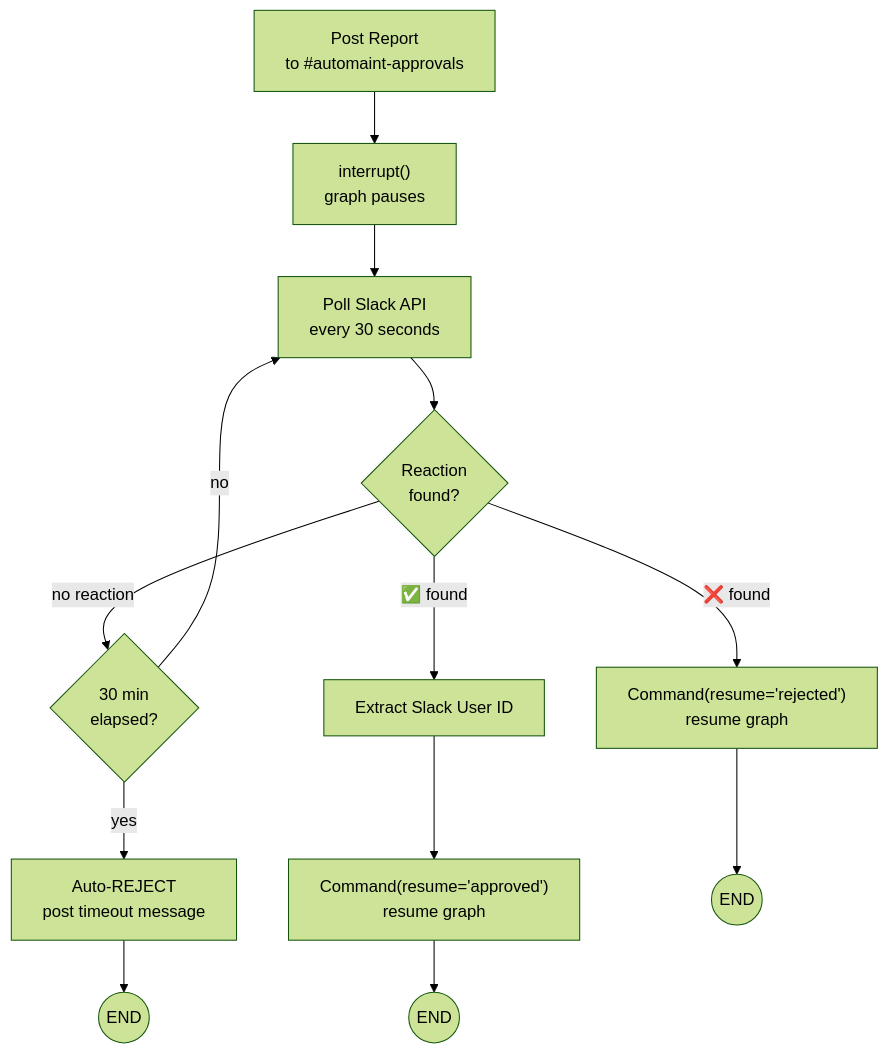
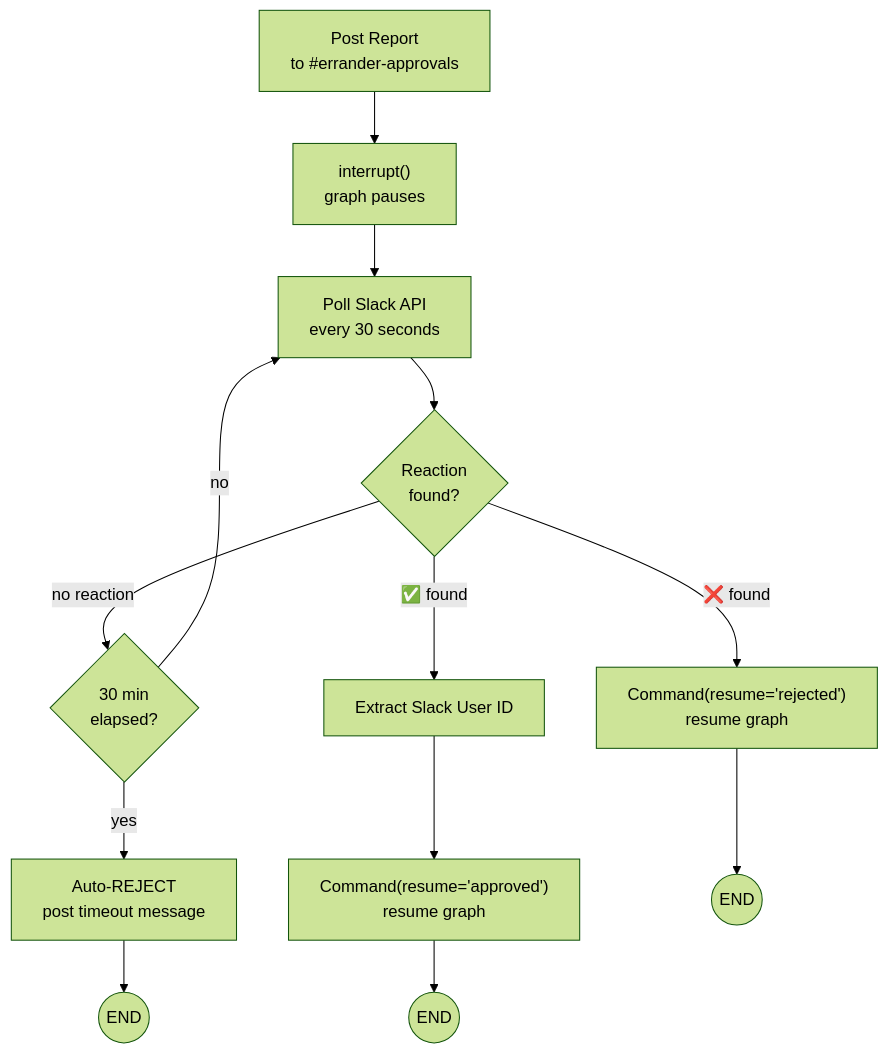
One commit to psc0des/Errander-AI changed the seventh of 12 diagrams in docs/SPEC.md. Above: the diagram before and after it, drawn with Mermaid (forest theme). The commit also changed other lines of this file and 184 other files, not shown here.

````diff
--- a/docs/SPEC.md
+++ b/docs/SPEC.md
@@ -801,16 +801,16 @@
 ```mermaid
 graph TD
-    post["Post Report<br/>to #automaint-approvals"] --> interrupt["interrupt()<br/>graph pauses"]
+    post["Post Report<br/>to #errander-approvals"] --> interrupt["interrupt()<br/>graph pauses"]
     interrupt --> poll_loop["Poll Slack API<br/>every 30 seconds"]
     poll_loop --> check{"Reaction<br/>found?"}
     check -->|"no reaction"| timeout_check{"30 min<br/>elapsed?"}
     timeout_check -->|"no"| poll_loop
     timeout_check -->|"yes"| auto_reject["Auto-REJECT<br/>post timeout message"]
     auto_reject --> END_timeout(("END"))
     check -->|"✅ found"| extract_user["Extract Slack User ID"]
     extract_user --> resume_approve["Command(resume='approved')<br/>resume graph"]
     resume_approve --> END_approve(("END"))
     check -->|"❌ found"| resume_reject["Command(resume='rejected')<br/>resume graph"]
     resume_reject --> END_reject(("END"))
 
 ```
````
